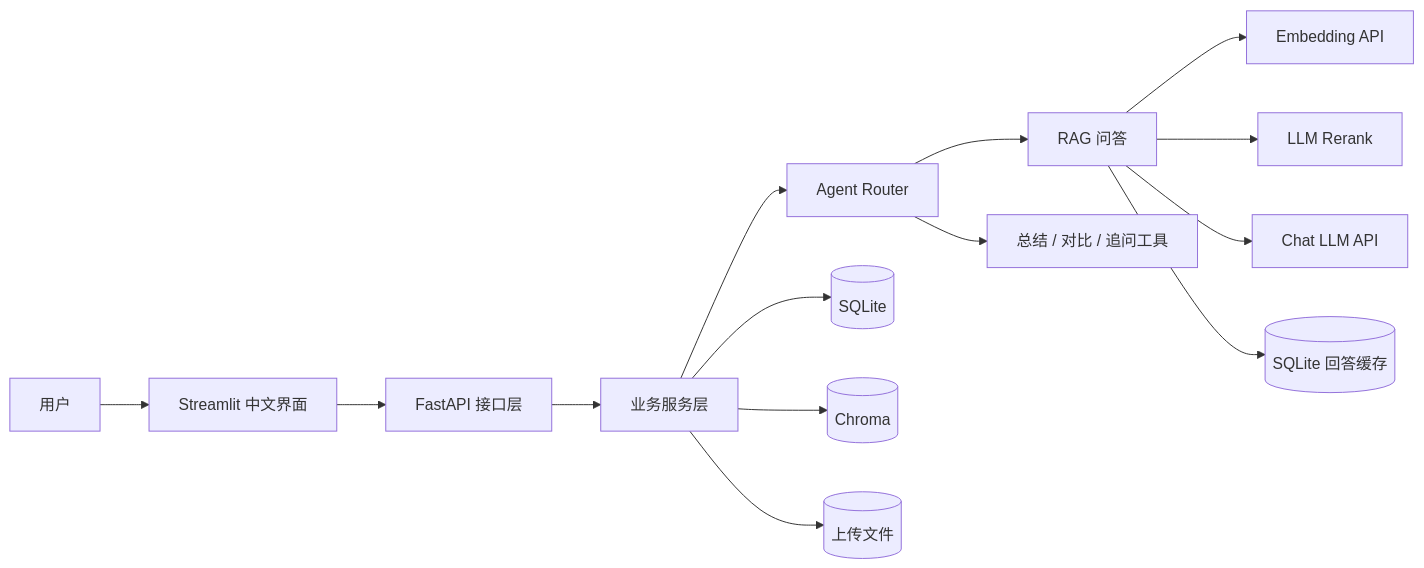
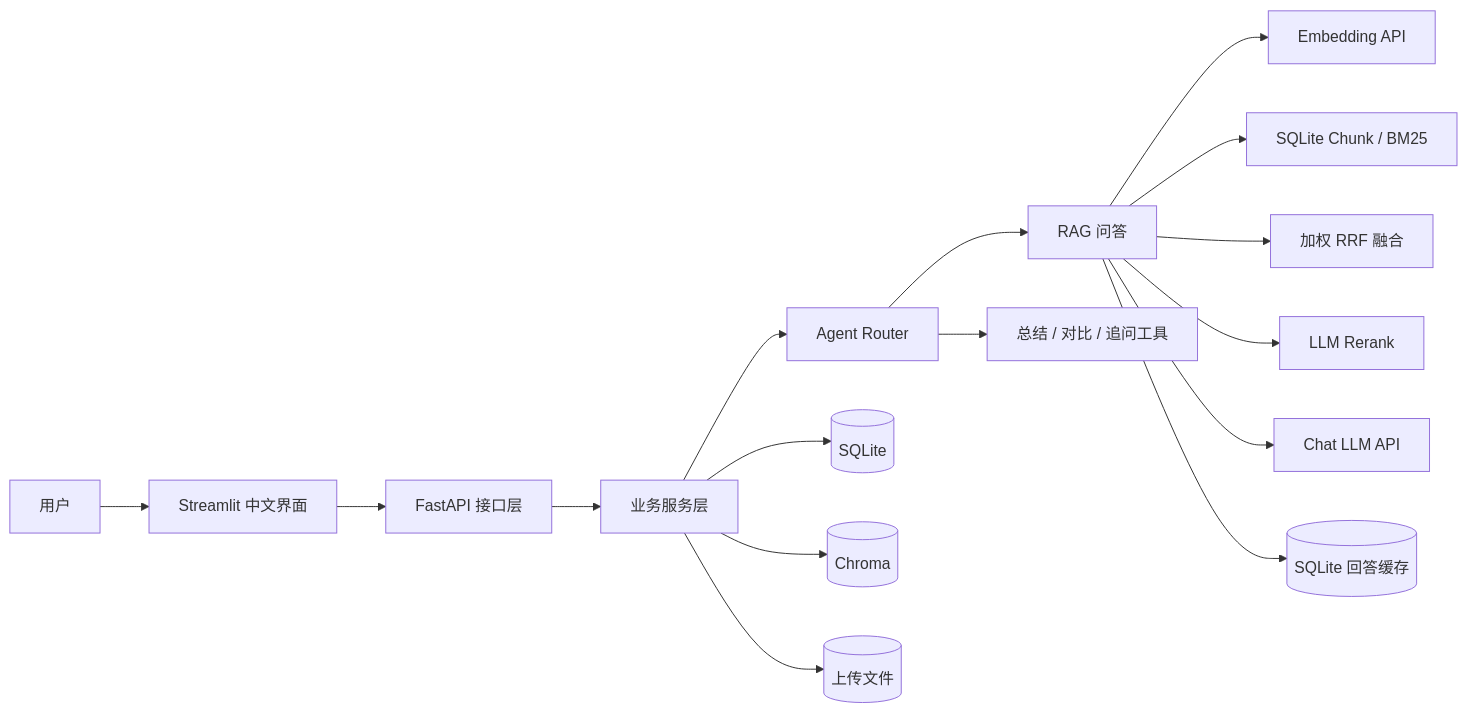
One commit to dejin-chen/knowflow-ai changed the diagram in README.md. Above: the diagram before and after it, drawn with Mermaid. The commit also changed other lines of this file and 25 other files, not shown here.

````diff
--- a/README.md
+++ b/README.md
@@ -37,16 +37,18 @@
 ```mermaid
 flowchart LR
     U["用户"] --> UI["Streamlit 中文界面"]
     UI --> API["FastAPI 接口层"]
     API --> S["业务服务层"]
     S --> AR["Agent Router"]
     AR --> RAG["RAG 问答"]
     AR --> DT["总结 / 对比 / 追问工具"]
     RAG --> EMB["Embedding API"]
+    RAG --> BM25["SQLite Chunk / BM25"]
+    RAG --> RRF["加权 RRF 融合"]
     RAG --> RR["LLM Rerank"]
     RAG --> LLM["Chat LLM API"]
     RAG --> CACHE[("SQLite 回答缓存")]
     S --> DB[("SQLite")]
     S --> VS[("Chroma")]
     S --> FS[("上传文件")]
 ```
````
